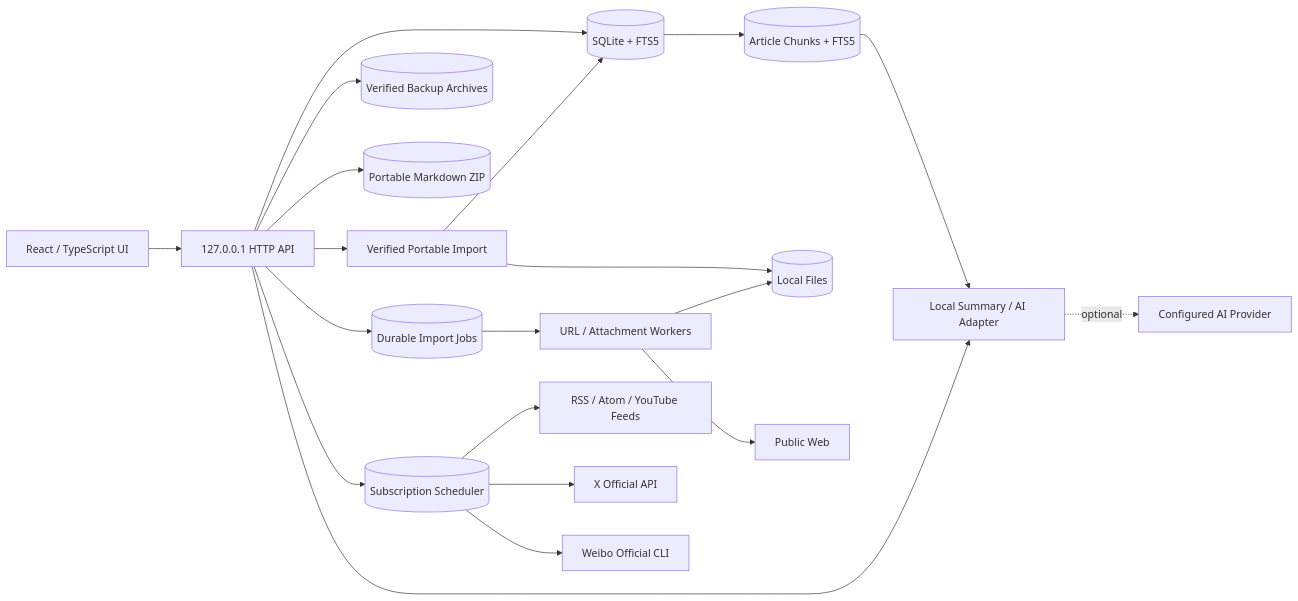
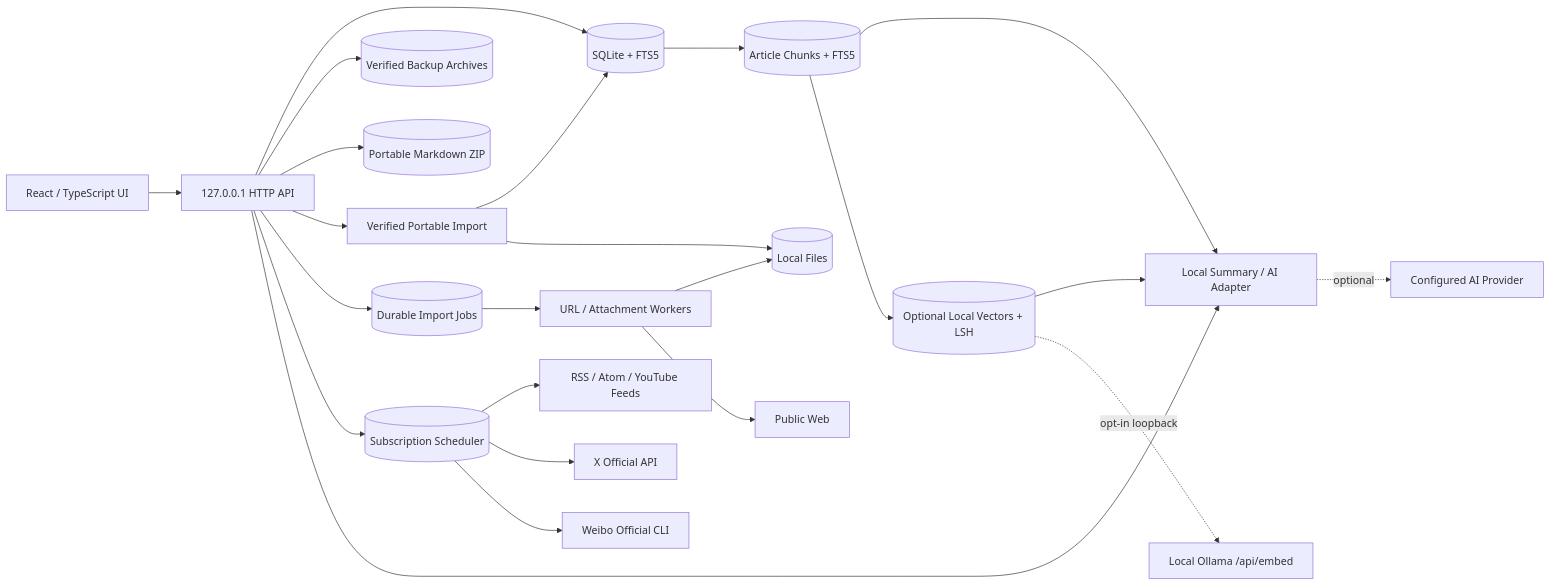
One commit to Leo-Cjw/Leo-Reader-App changed the diagram in docs/ARCHITECTURE.md. Above: the diagram before and after it, drawn with Mermaid. The commit also changed other lines of this file and 32 other files, not shown here.

````diff
--- a/docs/ARCHITECTURE.md
+++ b/docs/ARCHITECTURE.md
@@ -9,22 +9,25 @@
 ```mermaid
 flowchart LR
   UI[React / TypeScript UI] --> API[127.0.0.1 HTTP API]
   API --> DB[(SQLite + FTS5)]
   API --> BACKUP[(Verified Backup Archives)]
   API --> EXPORT[(Portable Markdown ZIP)]
   API --> PORTABLE[Verified Portable Import]
   API --> QUEUE[(Durable Import Jobs)]
   API --> SOURCES[(Subscription Scheduler)]
   QUEUE --> IMPORT[URL / Attachment Workers]
   SOURCES --> FEEDS[RSS / Atom / YouTube Feeds]
   SOURCES --> XAPI[X Official API]
   SOURCES --> WBCLI[Weibo Official CLI]
   IMPORT --> FILES[(Local Files)]
   PORTABLE --> DB
   PORTABLE --> FILES
   API --> AI[Local Summary / AI Adapter]
   DB --> CHUNKS[(Article Chunks + FTS5)]
   CHUNKS --> AI
+  CHUNKS --> VECTORS[(Optional Local Vectors + LSH)]
+  VECTORS --> AI
   IMPORT --> WEB[Public Web]
   AI -. optional .-> MODEL[Configured AI Provider]
+  VECTORS -. opt-in loopback .-> OLLAMA[Local Ollama /api/embed]
 ```
````
